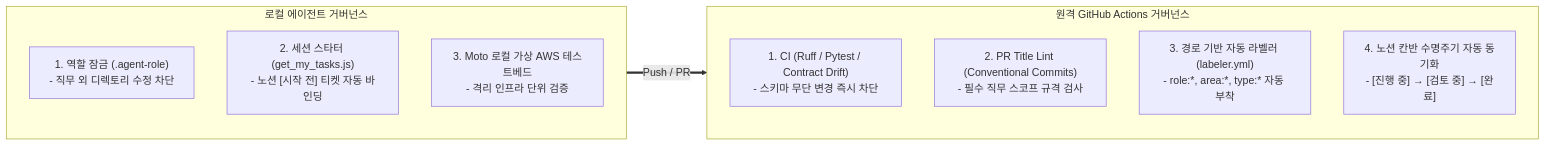
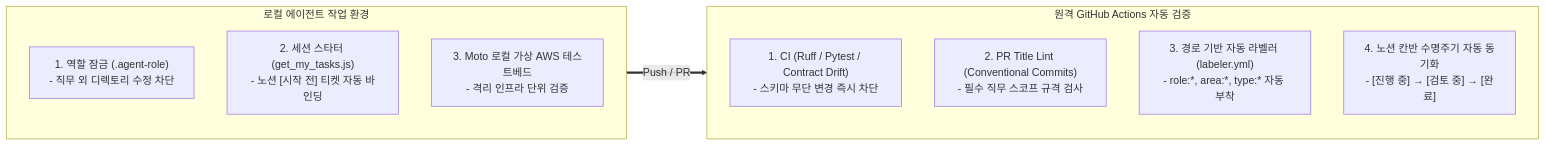
The second of 2 diagrams in README.md (mmmphyun/aleph-project), drawn with Mermaid before and after one commit. The commit also changed other lines of this file and 4 other files, not shown here.

````diff
--- a/README.md
+++ b/README.md
@@ -113,19 +132,19 @@
 ```mermaid
 flowchart LR
-    subgraph Local ["로컬 에이전트 거버넌스"]
+    subgraph Local ["로컬 에이전트 작업 환경"]
         direction TB
         L1["1. 역할 잠금 (.agent-role)<br>- 직무 외 디렉토리 수정 차단"]
         L2["2. 세션 스타터 (get_my_tasks.js)<br>- 노션 [시작 전] 티켓 자동 바인딩"]
         L3["3. Moto 로컬 가상 AWS 테스트베드<br>- 격리 인프라 단위 검증"]
     end
 
-    subgraph Remote ["원격 GitHub Actions 거버넌스"]
+    subgraph Remote ["원격 GitHub Actions 자동 검증"]
         direction TB
         R1["1. CI (Ruff / Pytest / Contract Drift)<br>- 스키마 무단 변경 즉시 차단"]
         R2["2. PR Title Lint (Conventional Commits)<br>- 필수 직무 스코프 규격 검사"]
         R3["3. 경로 기반 자동 라벨러 (labeler.yml)<br>- role:*, area:*, type:* 자동 부착"]
         R4["4. 노션 칸반 수명주기 자동 동기화<br>- [진행 중] → [검토 중] → [완료]"]
     end
 
     Local ==>|Push / PR| Remote
 ```
````
